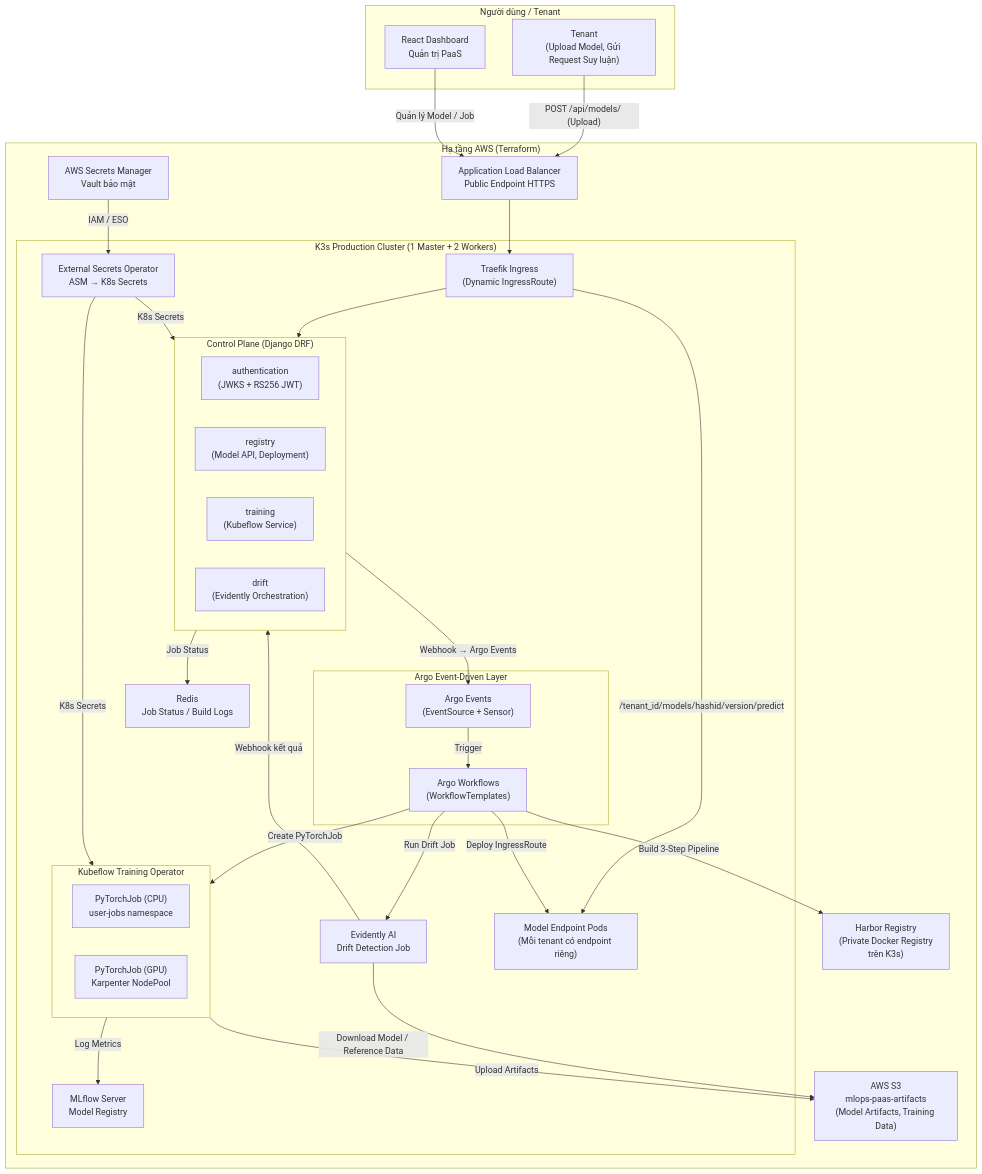
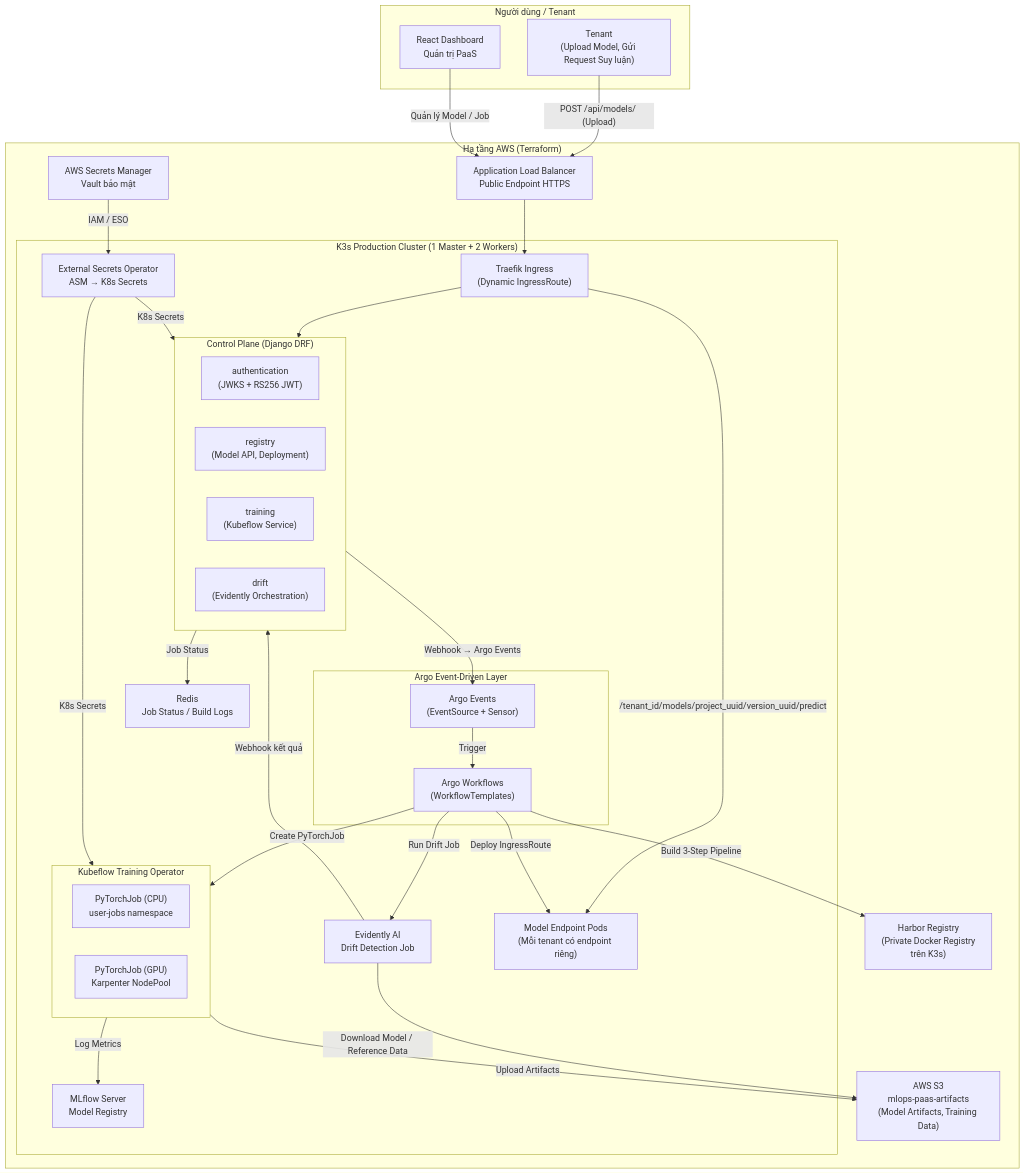
Before and after one commit to Viet-Hoang-2005/AdaptML: the first of 9 diagrams in ARCHITECTURE.md, drawn with Mermaid. The commit also changed other lines of this file and 3 other files, not shown here.

Commit message:
docs: update platform architecture references

````diff
--- a/ARCHITECTURE.md
+++ b/ARCHITECTURE.md
@@ -14,64 +14,64 @@
 ```mermaid
 flowchart TB
     subgraph CLIENT["Người dùng / Tenant"]
         USER["Tenant\n(Upload Model, Gửi Request Suy luận)"]
         BROWSER["React Dashboard\nQuản trị PaaS"]
     end
 
     subgraph AWS_INFRA["Hạ tầng AWS (Terraform)"]
         ALB["Application Load Balancer\nPublic Endpoint HTTPS"]
         ASM["AWS Secrets Manager\nVault bảo mật"]
         S3["AWS S3\nmlops-paas-artifacts\n(Model Artifacts, Training Data)"]
         ECR["Harbor Registry\n(Private Docker Registry\ntrên K3s)"]
 
         subgraph K3S["K3s Production Cluster (1 Master + 2 Workers)"]
             ESO["External Secrets Operator\nASM → K8s Secrets"]
             TRAEFIK["Traefik Ingress\n(Dynamic IngressRoute)"]
             REDIS["Redis\nJob Status / Build Logs"]
 
             subgraph CTRL["Control Plane (Django DRF)"]
                 AUTH["authentication\n(JWKS + RS256 JWT)"]
                 REGISTRY["registry\n(Model API, Deployment)"]
                 TRAINING["training\n(Kubeflow Service)"]
                 DRIFT["drift\n(Evidently Orchestration)"]
             end
 
             subgraph ARGO["Argo Event-Driven Layer"]
                 EVT["Argo Events\n(EventSource + Sensor)"]
                 WF["Argo Workflows\n(WorkflowTemplates)"]
             end
 
             subgraph KUBEFLOW["Kubeflow Training Operator"]
                 KFP_CPU["PyTorchJob (CPU)\nuser-jobs namespace"]
                 KFP_GPU["PyTorchJob (GPU)\nKarpenter NodePool"]
             end
 
             MLFLOW["MLflow Server\nModel Registry"]
             EVIDENTLY["Evidently AI\nDrift Detection Job"]
             MODEL_SVC["Model Endpoint Pods\n(Mỗi tenant có endpoint riêng)"]
         end
     end
 
     USER -->|"POST /api/models/ (Upload)"| ALB
     BROWSER -->|"Quản lý Model / Job"| ALB
     ALB --> TRAEFIK
     TRAEFIK --> CTRL
-    TRAEFIK -->|"/tenant_id/models/hashid/version/predict"| MODEL_SVC
+    TRAEFIK -->|"/tenant_id/models/project_uuid/version_uuid/predict"| MODEL_SVC
 
     CTRL -->|"Webhook → Argo Events"| EVT
     EVT -->|"Trigger"| WF
     WF -->|"Build 3-Step Pipeline"| ECR
     WF -->|"Deploy IngressRoute"| MODEL_SVC
     WF -->|"Create PyTorchJob"| KUBEFLOW
     WF -->|"Run Drift Job"| EVIDENTLY
 
     KUBEFLOW -->|"Log Metrics"| MLFLOW
     KUBEFLOW -->|"Upload Artifacts"| S3
     EVIDENTLY -->|"Download Model / Reference Data"| S3
     EVIDENTLY -->|"Webhook kết quả"| CTRL
 
     ASM -->|"IAM / ESO"| ESO
     ESO -->|"K8s Secrets"| CTRL
     ESO -->|"K8s Secrets"| KUBEFLOW
     CTRL -->|"Job Status"| REDIS
 ```
````
